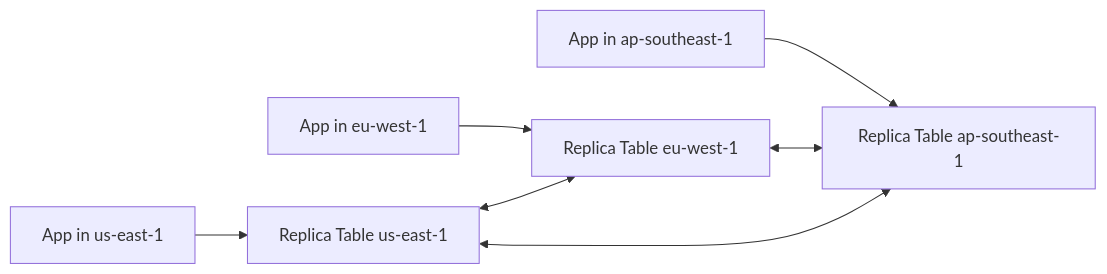
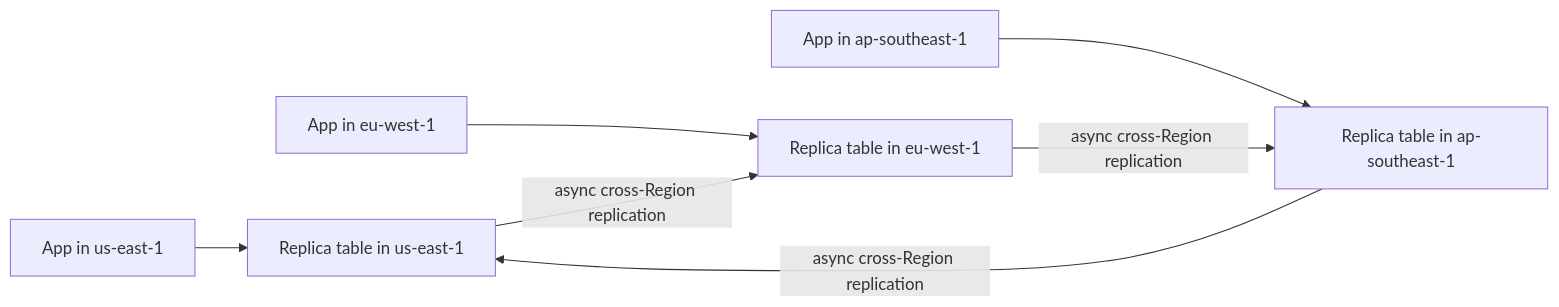
The diagram in 04 - Databases and Caching/DynamoDB Global Tables.md (rooneyviet/aws-learning-obsidian), drawn with Mermaid before and after one commit. The commit also changed 16 other files, not shown here.

Commit message:
update diagrams

````diff
--- a/04 - Databases and Caching/DynamoDB Global Tables.md
+++ b/04 - Databases and Caching/DynamoDB Global Tables.md
@@ -32,9 +32,9 @@
 ```mermaid
 flowchart LR
-    A[App in us-east-1] --> T1[Replica Table us-east-1]
-    B[App in eu-west-1] --> T2[Replica Table eu-west-1]
-    C[App in ap-southeast-1] --> T3[Replica Table ap-southeast-1]
-    T1 <--> T2
-    T2 <--> T3
-    T1 <--> T3
+    A[App in us-east-1] --> T1[Replica table in us-east-1]
+    B[App in eu-west-1] --> T2[Replica table in eu-west-1]
+    C[App in ap-southeast-1] --> T3[Replica table in ap-southeast-1]
+    T1 -->|async cross-Region replication| T2
+    T2 -->|async cross-Region replication| T3
+    T3 -->|async cross-Region replication| T1
 ```
````
